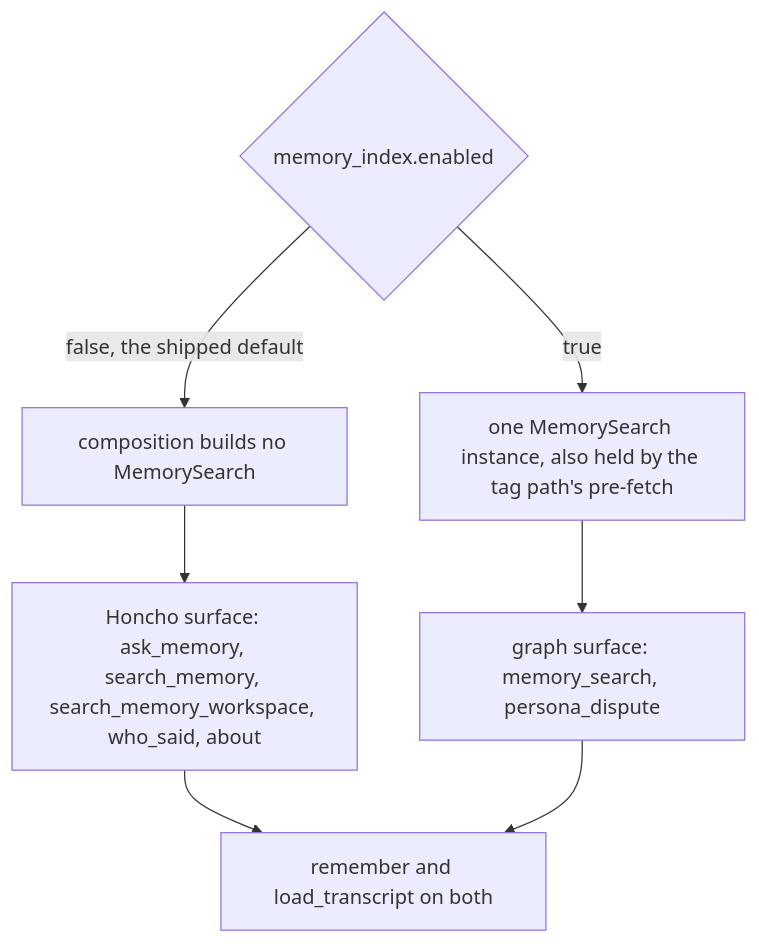
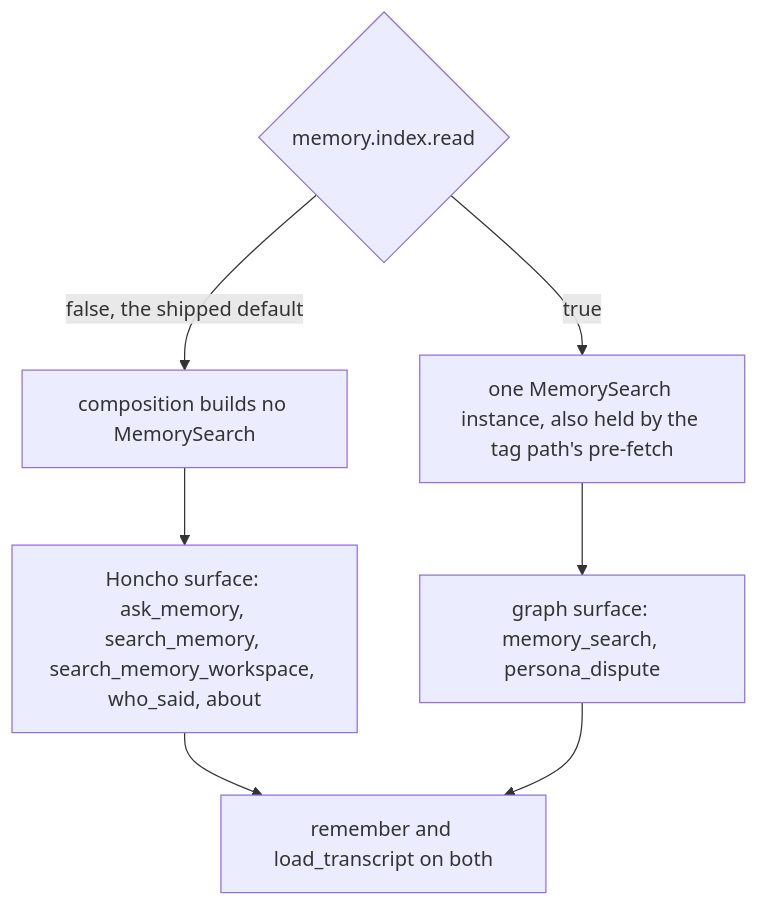
One commit to mikeng-io/nora changed the second of 2 diagrams in openwiki/concepts/memory-and-record.md. Above: the diagram before and after it, drawn with Mermaid. The commit also changed other lines of this file and 155 other files, not shown here.

````diff
--- a/openwiki/concepts/memory-and-record.md
+++ b/openwiki/concepts/memory-and-record.md
@@ -339,10 +339,10 @@
 ```mermaid
 flowchart TD
-    F{"memory_index.enabled"}
+    F{"memory.index.read"}
     F -->|"false, the shipped default"| H["composition builds no MemorySearch"]
     H --> HS["Honcho surface: ask_memory, search_memory, search_memory_workspace, who_said, about"]
     F -->|"true"| G["one MemorySearch instance, also held by the tag path's pre-fetch"]
     G --> GS["graph surface: memory_search, persona_dispute"]
     HS --> B["remember and load_transcript on both"]
     GS --> B
 ```
````
